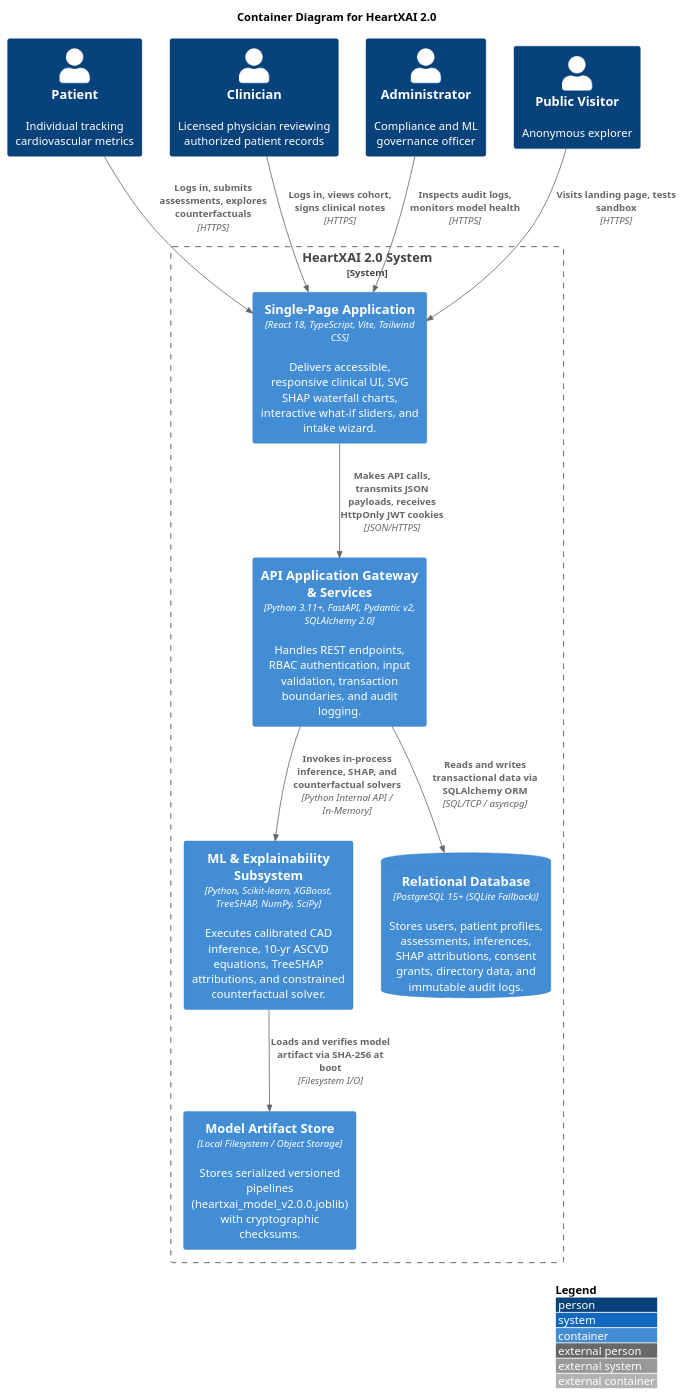
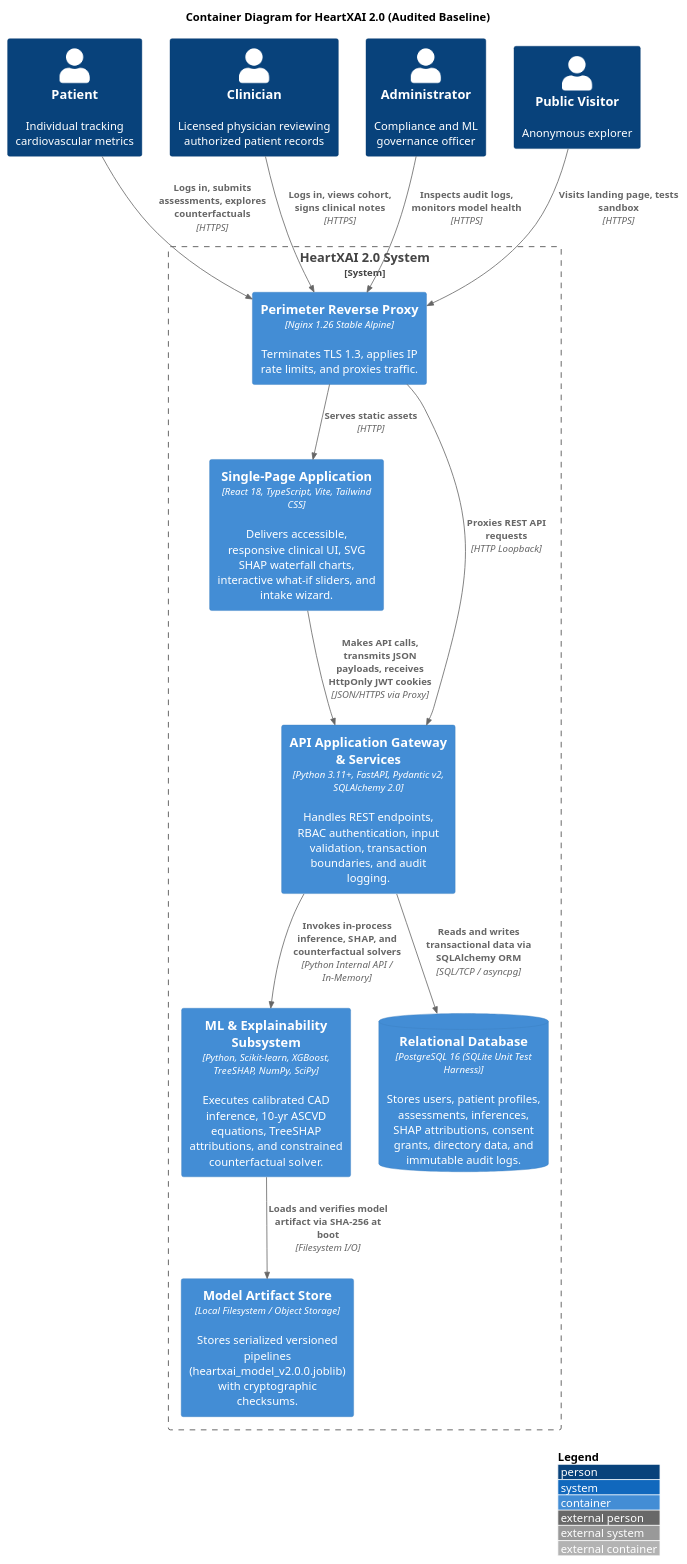
The diagram in docs/diagrams/c4_container.puml (sandeep-kumar-270904/Heart-Disease-Risk-Prediction), drawn with PlantUML before and after one commit. The commit also changed 13 other files, not shown here.

Commit message:
docs(phase-3): remediate architecture review findings across geography, clinical bounds, database parity, and backup security

```diff
--- a/docs/diagrams/c4_container.puml
+++ b/docs/diagrams/c4_container.puml
@@ -1,31 +1,35 @@
 @startuml c4_container
 !include https://raw.githubusercontent.com/plantuml-stdlib/C4-PlantUML/master/C4_Container.puml
 
 LAYOUT_WITH_LEGEND()
 
-title Container Diagram for HeartXAI 2.0
+title Container Diagram for HeartXAI 2.0 (Audited Baseline)
 
 Person(patient, "Patient", "Individual tracking cardiovascular metrics")
 Person(doctor, "Clinician", "Licensed physician reviewing authorized patient records")
 Person(admin, "Administrator", "Compliance and ML governance officer")
 Person(guest, "Public Visitor", "Anonymous explorer")
 
 System_Boundary(c1, "HeartXAI 2.0 System") {
+    Container(proxy, "Perimeter Reverse Proxy", "Nginx 1.26 Stable Alpine", "Terminates TLS 1.3, applies IP rate limits, and proxies traffic.")
     Container(spa, "Single-Page Application", "React 18, TypeScript, Vite, Tailwind CSS", "Delivers accessible, responsive clinical UI, SVG SHAP waterfall charts, interactive what-if sliders, and intake wizard.")
     Container(api, "API Application Gateway & Services", "Python 3.11+, FastAPI, Pydantic v2, SQLAlchemy 2.0", "Handles REST endpoints, RBAC authentication, input validation, transaction boundaries, and audit logging.")
     Container(ml_subsystem, "ML & Explainability Subsystem", "Python, Scikit-learn, XGBoost, TreeSHAP, NumPy, SciPy", "Executes calibrated CAD inference, 10-yr ASCVD equations, TreeSHAP attributions, and constrained counterfactual solver.")
-    ContainerDb(database, "Relational Database", "PostgreSQL 15+ (SQLite Fallback)", "Stores users, patient profiles, assessments, inferences, SHAP attributions, consent grants, directory data, and immutable audit logs.")
+    ContainerDb(database, "Relational Database", "PostgreSQL 16 (SQLite Unit Test Harness)", "Stores users, patient profiles, assessments, inferences, SHAP attributions, consent grants, directory data, and immutable audit logs.")
     Container(model_store, "Model Artifact Store", "Local Filesystem / Object Storage", "Stores serialized versioned pipelines (heartxai_model_v2.0.0.joblib) with cryptographic checksums.")
 }
 
-Rel(guest, spa, "Visits landing page, tests sandbox", "HTTPS")
-Rel(patient, spa, "Logs in, submits assessments, explores counterfactuals", "HTTPS")
-Rel(doctor, spa, "Logs in, views cohort, signs clinical notes", "HTTPS")
-Rel(admin, spa, "Inspects audit logs, monitors model health", "HTTPS")
+Rel(guest, proxy, "Visits landing page, tests sandbox", "HTTPS")
+Rel(patient, proxy, "Logs in, submits assessments, explores counterfactuals", "HTTPS")
+Rel(doctor, proxy, "Logs in, views cohort, signs clinical notes", "HTTPS")
+Rel(admin, proxy, "Inspects audit logs, monitors model health", "HTTPS")
 
-Rel(spa, api, "Makes API calls, transmits JSON payloads, receives HttpOnly JWT cookies", "JSON/HTTPS")
+Rel(proxy, spa, "Serves static assets", "HTTP")
+Rel(proxy, api, "Proxies REST API requests", "HTTP Loopback")
+
+Rel(spa, api, "Makes API calls, transmits JSON payloads, receives HttpOnly JWT cookies", "JSON/HTTPS via Proxy")
 Rel(api, ml_subsystem, "Invokes in-process inference, SHAP, and counterfactual solvers", "Python Internal API / In-Memory")
 Rel(api, database, "Reads and writes transactional data via SQLAlchemy ORM", "SQL/TCP / asyncpg")
 Rel(ml_subsystem, model_store, "Loads and verifies model artifact via SHA-256 at boot", "Filesystem I/O")
 
 @enduml
```
